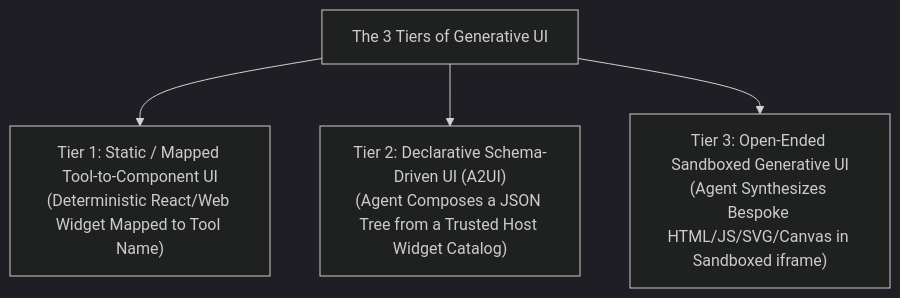
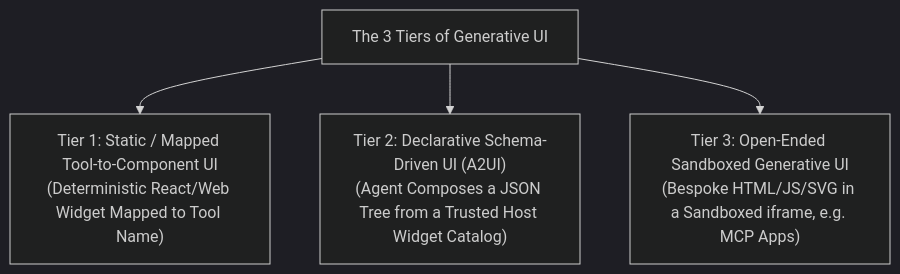
The first of 3 diagrams in chapter-15-agent-to-frontend-ux-and-commerce-protocols.md (Rajdipc/agentic-ai-orchestration-patterns), drawn with Mermaid (dark theme) before and after one commit. The commit also changed other lines of this file and 18 other files, not shown here.

````diff
--- a/chapter-15-agent-to-frontend-ux-and-commerce-protocols.md
+++ b/chapter-15-agent-to-frontend-ux-and-commerce-protocols.md
@@ -21,7 +27,7 @@
 ```mermaid
 flowchart TD
     GenUI["The 3 Tiers of Generative UI"]
-    GenUI --> T1["Tier 1: Static / Mapped Tool-to-Component UI\n(Deterministic React/Web Widget Mapped to Tool Name)"]
-    GenUI --> T2["Tier 2: Declarative Schema-Driven UI (A2UI)\n(Agent Composes a JSON Tree from a Trusted Host Widget Catalog)"]
-    GenUI --> T3["Tier 3: Open-Ended Sandboxed Generative UI\n(Agent Synthesizes Bespoke HTML/JS/SVG/Canvas in Sandboxed iframe)"]
+    GenUI --> T1["Tier 1: Static / Mapped Tool-to-Component UI<br/>(Deterministic React/Web Widget Mapped to Tool Name)"]
+    GenUI --> T2["Tier 2: Declarative Schema-Driven UI (A2UI)<br/>(Agent Composes a JSON Tree from a Trusted Host Widget Catalog)"]
+    GenUI --> T3["Tier 3: Open-Ended Sandboxed Generative UI<br/>(Bespoke HTML/JS/SVG in a Sandboxed iframe, e.g. MCP Apps)"]
 ```
````
